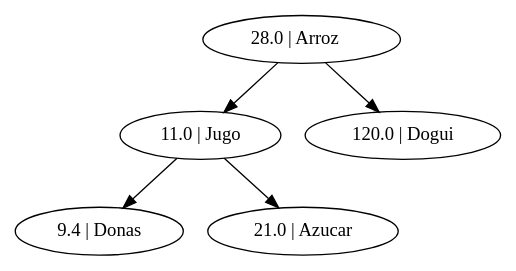
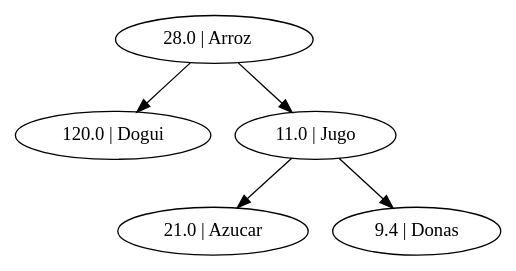
Before and after one commit to BryanBlacks/Algoritmos-y-Estructuras-de-Datos: the diagram in Unidad I/PAC III 2019/Proyecto 1/Python/Memoria/test1.dot, drawn with Graphviz. The commit also changed other lines of this file and 8 other files, not shown here.

```diff
--- a/Unidad I/PAC III 2019/Proyecto 1/Python/Memoria/test1.dot
+++ b/Unidad I/PAC III 2019/Proyecto 1/Python/Memoria/test1.dot
@@ -1,6 +1,6 @@
 strict digraph  {
-	"11.0 | Jugo" -> "9.4 | Donas";
-	"11.0 | Jugo" -> "21.0 | Azucar";
 	"28.0 | Arroz   " -> "120.0 | Dogui";
 	"28.0 | Arroz   " -> "11.0 | Jugo";
+	"11.0 | Jugo" -> "21.0 | Azucar";
+	"11.0 | Jugo" -> "9.4 | Donas";
 }
```
